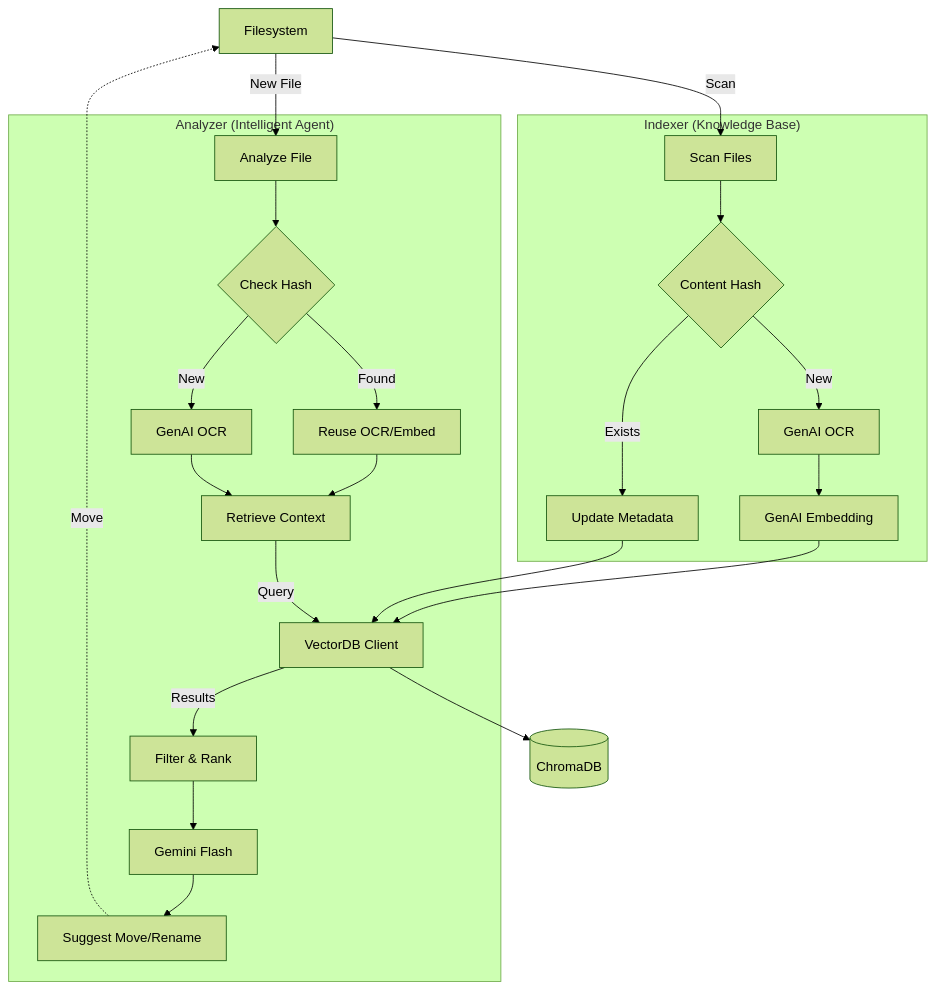
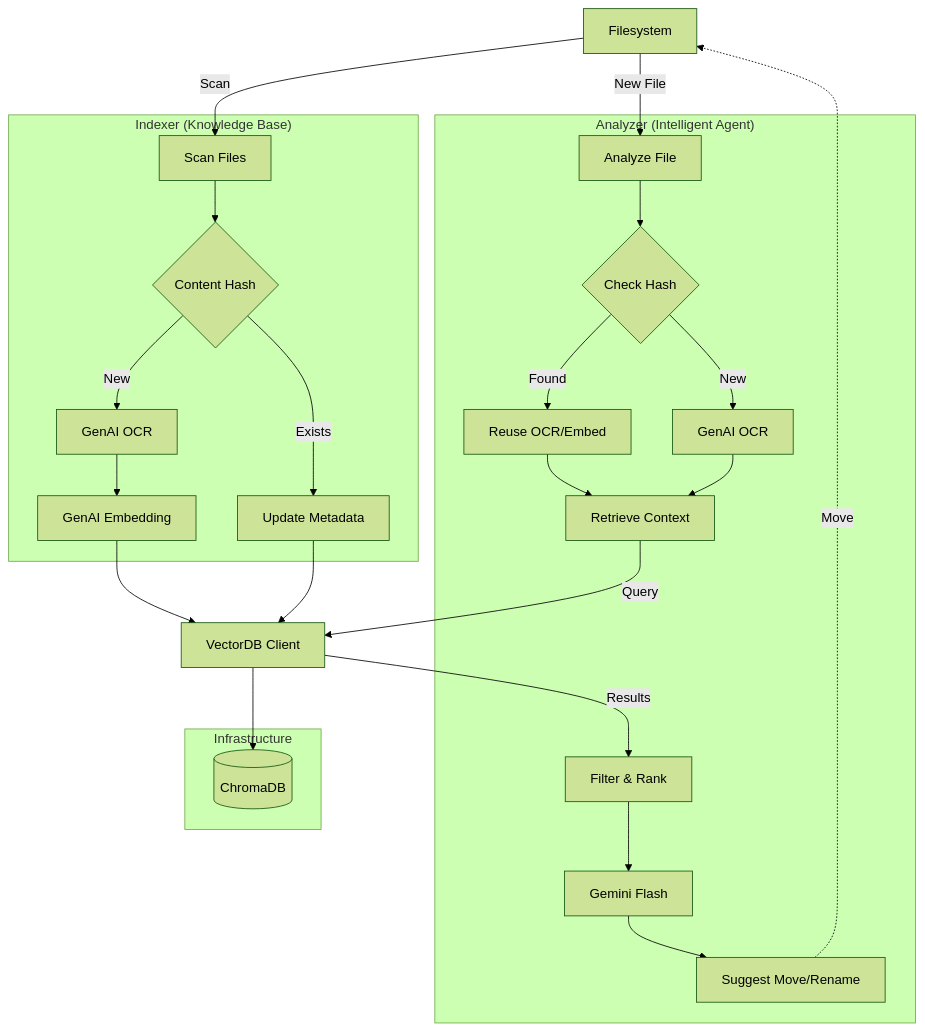
One commit to ucdmkt/pdf-organizer changed the diagram in README.md. Above: the diagram before and after it, drawn with Mermaid (forest theme).

Commit message:
Docs: Restore Infrastructure subgraph for ChromaDB

````diff
--- a/README.md
+++ b/README.md
@@ -71,37 +71,40 @@
 ```mermaid
 graph TD
     %% Shared Infrastructure
     FS[Filesystem]
     V_Client[VectorDB Client]
-    I_DB[(ChromaDB)]
+    subgraph Infrastructure
+        I_DB[(ChromaDB)]
+    end
 
     subgraph Indexer ["Indexer (Knowledge Base)"]
         I_Scan[Scan Files] --> I_Hash{Content Hash}
         I_Hash -- New --> I_OCR[GenAI OCR]
         I_Hash -- Exists --> I_Meta[Update Metadata]
         I_OCR --> I_Embed[GenAI Embedding]
     end
 
     subgraph Analyzer ["Analyzer (Intelligent Agent)"]
         A_Input[Analyze File] --> A_Hash{Check Hash}
         A_Hash -- Found --> A_Reuse[Reuse OCR/Embed]
         A_Hash -- New --> A_OCR[GenAI OCR]
         A_Reuse --> A_Context[Retrieve Context]
         A_OCR --> A_Context
 
-        V_Client -- Results --> A_Filter[Filter & Rank]
-        A_Filter --> A_LLM[Gemini Flash]
+
+        A_Filter[Filter & Rank] --> A_LLM[Gemini Flash]
         A_LLM --> A_Action[Suggest Move/Rename]
     end
 
     %% Connections
     FS -- Scan --> I_Scan
     FS -- New File --> A_Input
 
     I_Embed --> V_Client
     I_Meta --> V_Client
     A_Context -- Query --> V_Client
+    V_Client -- Results --> A_Filter
 
     A_Action -. Move .-> FS
     V_Client --> I_DB
 ```
````
